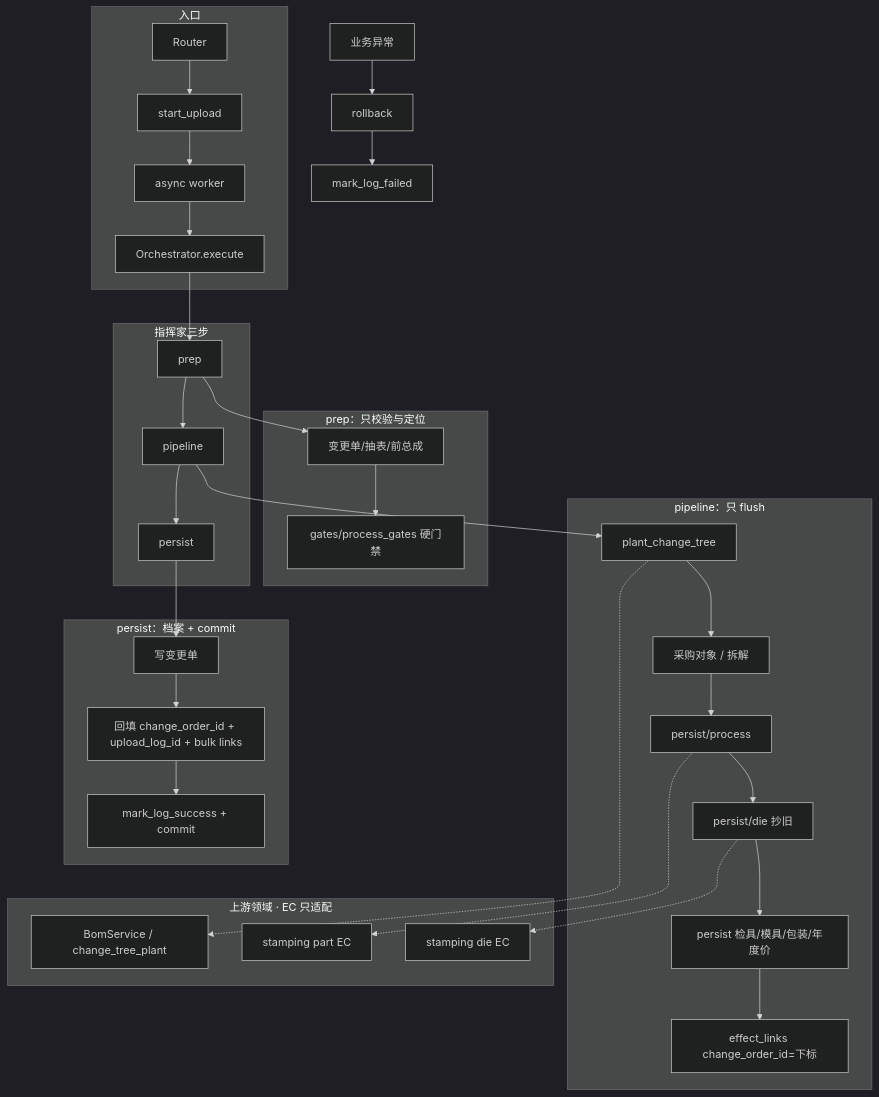
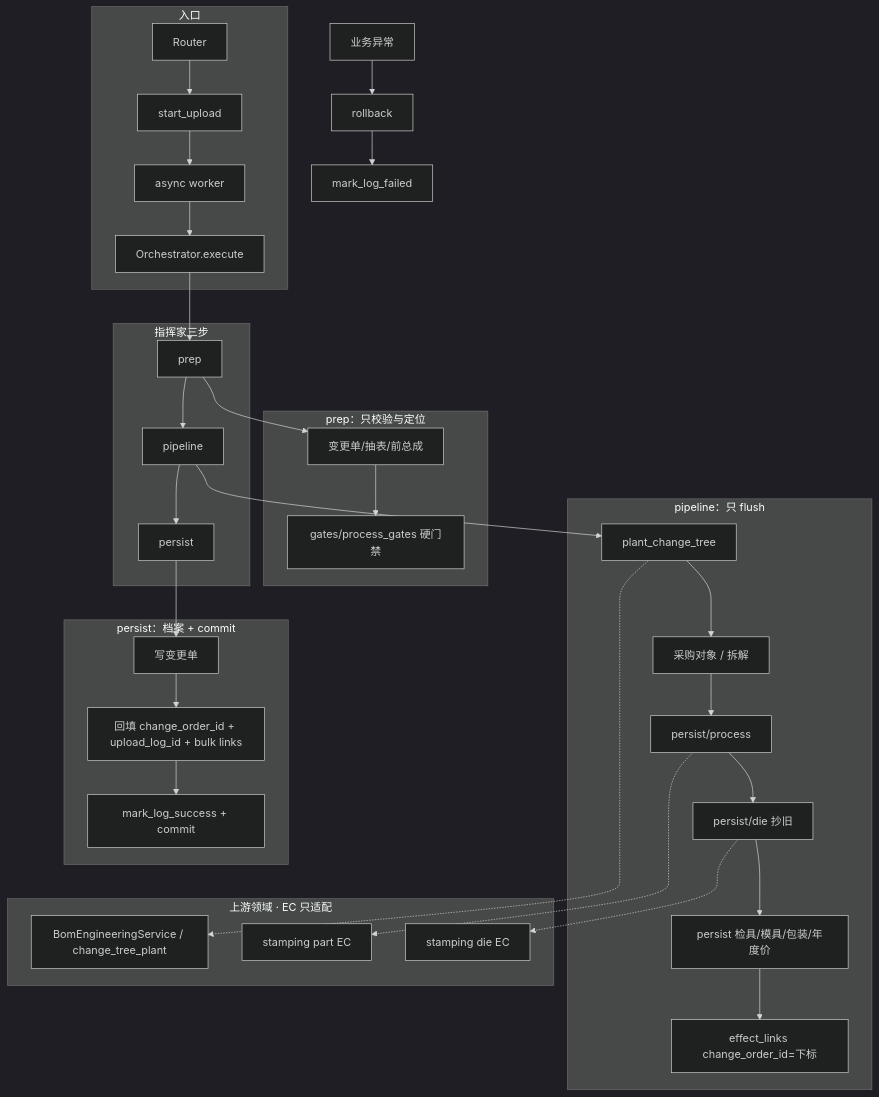
One commit to pulinzhang/structure-costing-platform changed the diagram in docs/engineering-change/README.md. Above: the diagram before and after it, drawn with Mermaid (dark theme). The commit also changed other lines of this file and 131 other files, not shown here.

````diff
--- a/docs/engineering-change/README.md
+++ b/docs/engineering-change/README.md
@@ -66,43 +66,43 @@
 ```mermaid
 flowchart TB
   subgraph entry [入口]
     R[Router] --> S[start_upload]
     S --> W[async worker]
     W --> O[Orchestrator.execute]
   end
 
   subgraph orch [指挥家三步]
     O --> P1[prep]
     P1 --> P2[pipeline]
     P2 --> P3[persist]
   end
 
   subgraph prep_box [prep：只校验与定位]
     P1 --> V[变更单/抽表/前总成]
     V --> G[gates/process_gates 硬门禁]
   end
 
   subgraph pipe_box [pipeline：只 flush]
     P2 --> T[plant_change_tree]
     T --> PO[采购对象 / 拆解]
     PO --> PR[persist/process]
     PR --> DI[persist/die 抄旧]
     DI --> FEE[persist 检具/模具/包装/年度价]
     FEE --> L[effect_links change_order_id=下标]
   end
 
   subgraph persist_box [persist：档案 + commit]
     P3 --> C[写变更单]
     C --> F[回填 change_order_id + upload_log_id + bulk links]
     F --> OK[mark_log_success + commit]
   end
 
   subgraph upstream [上游领域 · EC 只适配]
-    T -.-> BomSvc[BomService / change_tree_plant]
+    T -.-> BomSvc[BomEngineeringService / change_tree_plant]
     PR -.-> StPart[stamping part EC]
     DI -.-> StDie[stamping die EC]
   end
 
   Fail[业务异常] --> RB[rollback]
   RB --> MF[mark_log_failed]
 ```
````
